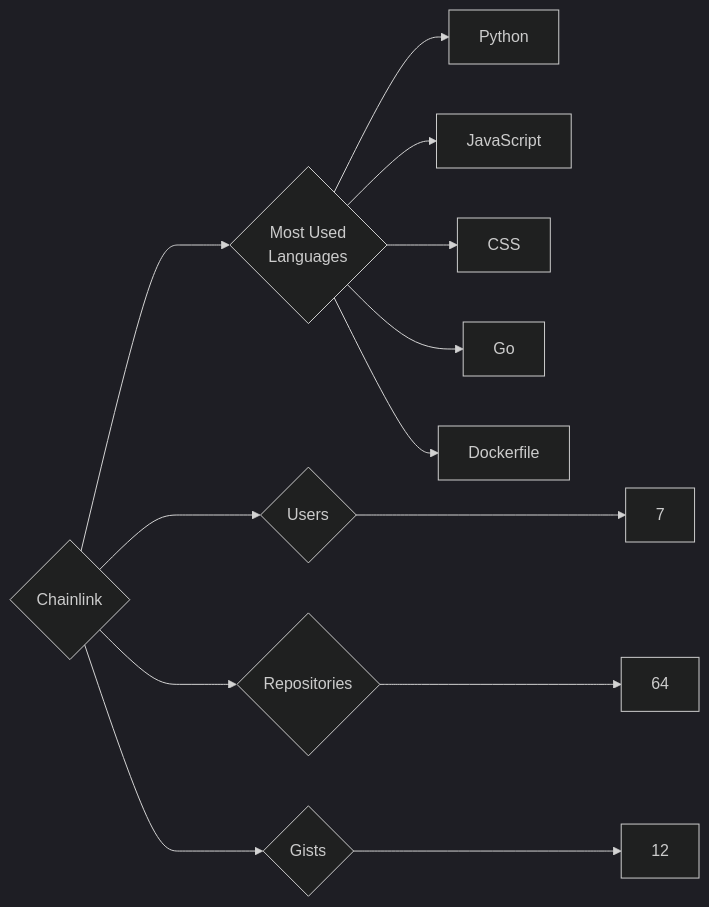
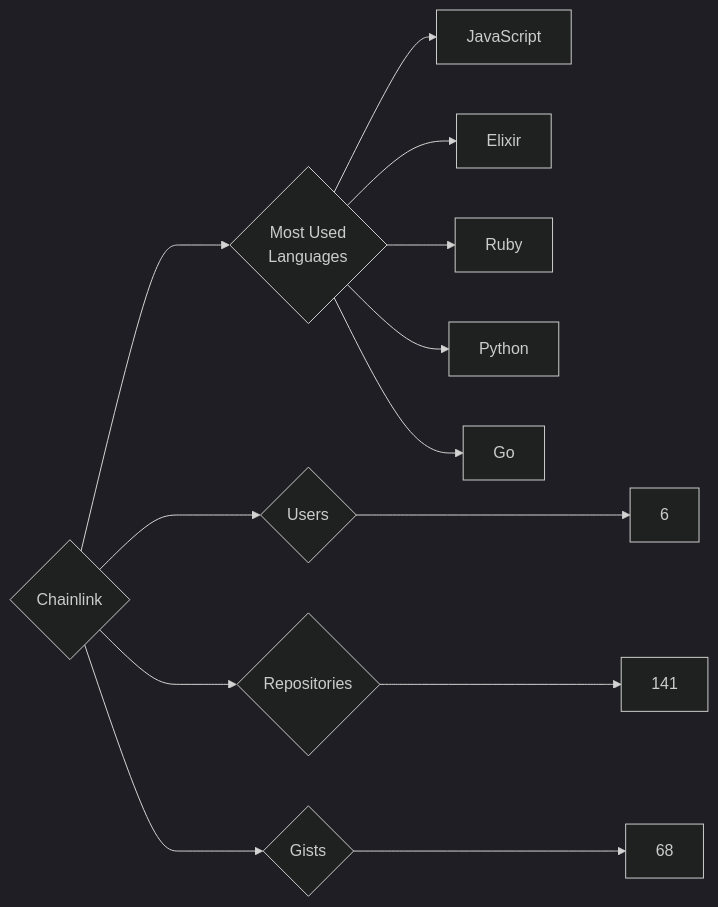
One commit to trickest/insiders changed the diagram in targets/Chainlink/README.md. Above: the diagram before and after it, drawn with Mermaid (dark theme). The commit also changed 1007 other files, not shown here.

````diff
--- a/targets/Chainlink/README.md
+++ b/targets/Chainlink/README.md
@@ -3,13 +3,13 @@
 ```mermaid
 graph LR
 COMPANY_NAME{Chainlink}
-COMPANY_NAME ---> U{Users} ---> UN[7]
-COMPANY_NAME ---> R{Repositories} ---> RN[64]
-COMPANY_NAME ---> G{Gists} ---> GN[12]
+COMPANY_NAME ---> U{Users} ---> UN[6]
+COMPANY_NAME ---> R{Repositories} ---> RN[141]
+COMPANY_NAME ---> G{Gists} ---> GN[68]
 COMPANY_NAME ---> ML{Most Used<br>Languages}
+ML --> JavaScript[JavaScript]
+ML --> Elixir[Elixir]
+ML --> Ruby[Ruby]
 ML --> Python[Python]
-ML --> JavaScript[JavaScript]
-ML --> CSS[CSS]
 ML --> Go[Go]
-ML --> Dockerfile[Dockerfile]
 ```
````
